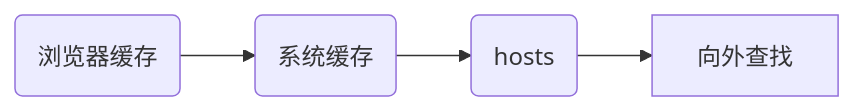
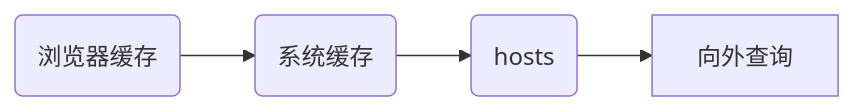
The first of 2 diagrams in docs/51-network/01-protocol/02-dns.md (esmyy/esmyy.github.io), drawn with Mermaid before and after one commit. The commit also changed other lines of this file and 4 other files, not shown here.

````diff
--- a/docs/51-network/01-protocol/02-dns.md
+++ b/docs/51-network/01-protocol/02-dns.md
@@ -7,4 +7,4 @@
 ```mermaid
   flowchart LR
-  A(浏览器缓存) --> B(系统缓存) --> hosts(hosts) --> 向外查找
+  A(浏览器缓存) --> B(系统缓存) --> hosts(hosts) --> 向外查询
 ```
````
